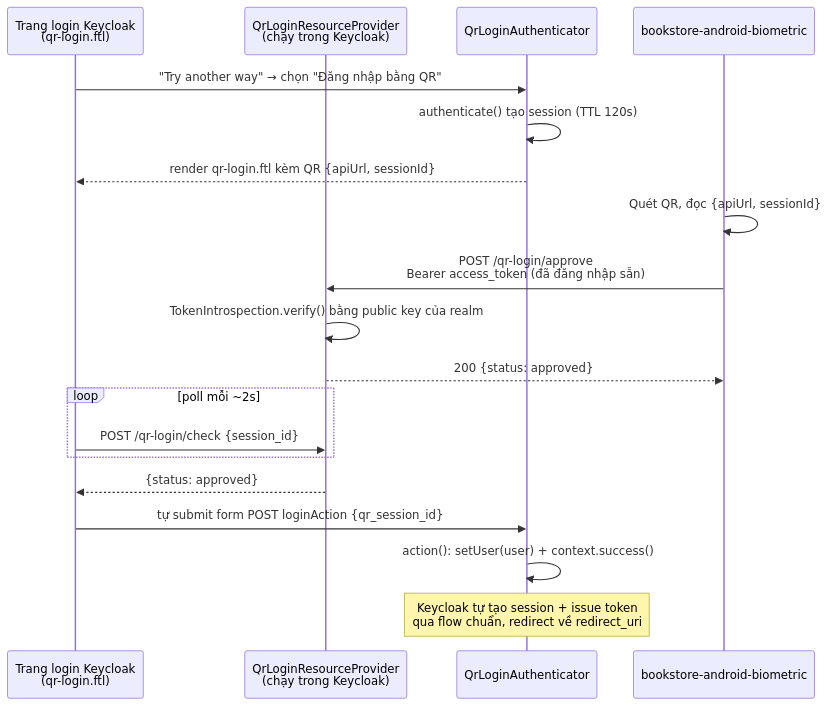
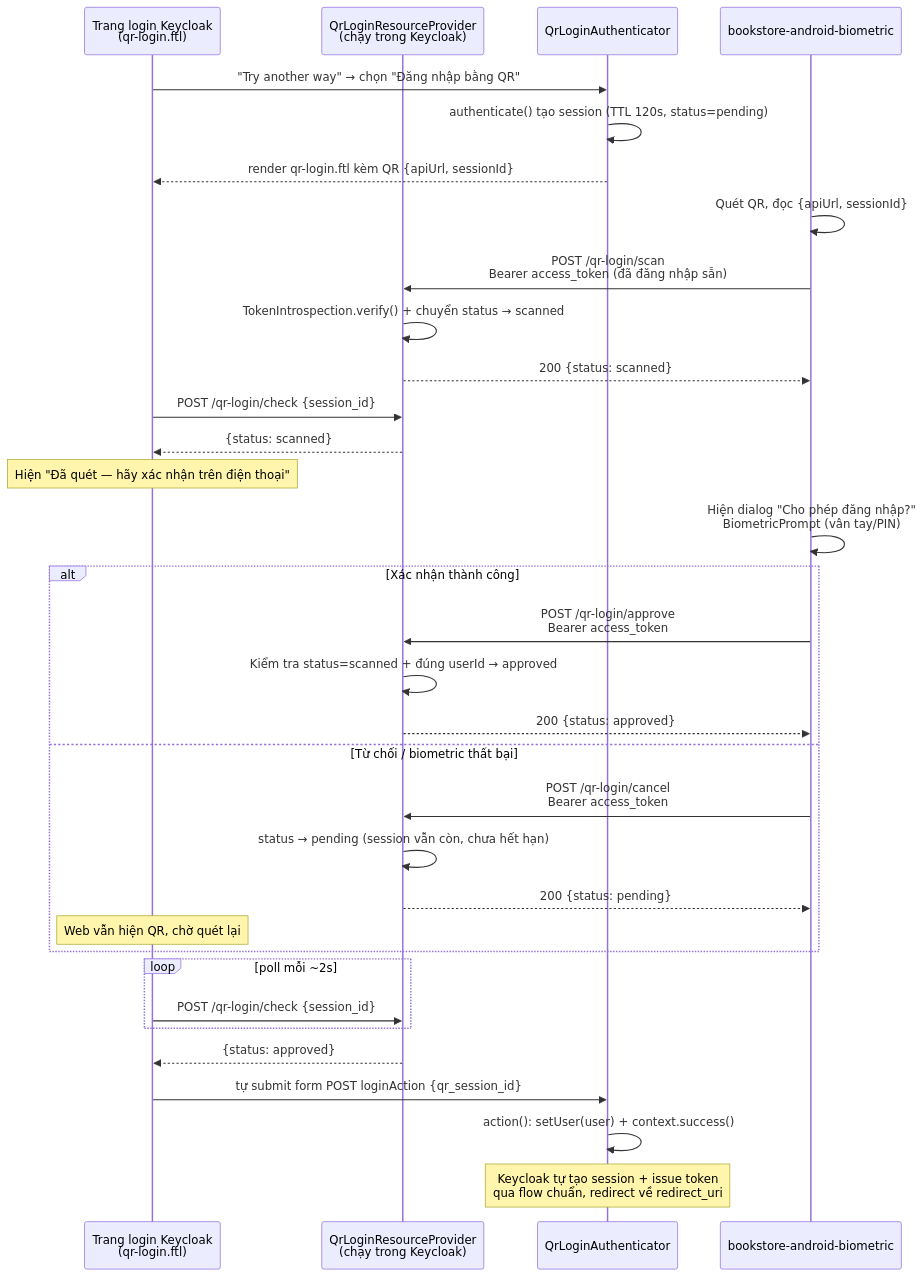
The third of 4 diagrams in QR_LOGIN_HIEN_THUC.md (Yamakunda/keycloak-demo), drawn with Mermaid before and after one commit. The commit also changed other lines of this file and 21 other files, not shown here.

````diff
--- a/QR_LOGIN_HIEN_THUC.md
+++ b/QR_LOGIN_HIEN_THUC.md
@@ -421,24 +411,41 @@
 ```mermaid
 sequenceDiagram
     participant Browser as Trang login Keycloak<br/>(qr-login.ftl)
     participant SPI as QrLoginResourceProvider<br/>(chạy trong Keycloak)
     participant Auth as QrLoginAuthenticator
     participant App as bookstore-android-biometric
 
     Browser->>Auth: "Try another way" → chọn "Đăng nhập bằng QR"
-    Auth->>Auth: authenticate() tạo session (TTL 120s)
+    Auth->>Auth: authenticate() tạo session (TTL 120s, status=pending)
     Auth-->>Browser: render qr-login.ftl kèm QR {apiUrl, sessionId}
 
     App->>App: Quét QR, đọc {apiUrl, sessionId}
-    App->>SPI: POST /qr-login/approve<br/>Bearer access_token (đã đăng nhập sẵn)
-    SPI->>SPI: TokenIntrospection.verify() bằng public key của realm
-    SPI-->>App: 200 {status: approved}
+    App->>SPI: POST /qr-login/scan<br/>Bearer access_token (đã đăng nhập sẵn)
+    SPI->>SPI: TokenIntrospection.verify() + chuyển status → scanned
+    SPI-->>App: 200 {status: scanned}
+
+    Browser->>SPI: POST /qr-login/check {session_id}
+    SPI-->>Browser: {status: scanned}
+    Note over Browser: Hiện "Đã quét — hãy xác nhận trên điện thoại"
+
+    App->>App: Hiện dialog "Cho phép đăng nhập?"<br/>BiometricPrompt (vân tay/PIN)
+
+    alt Xác nhận thành công
+        App->>SPI: POST /qr-login/approve<br/>Bearer access_token
+        SPI->>SPI: Kiểm tra status=scanned + đúng userId → approved
+        SPI-->>App: 200 {status: approved}
+    else Từ chối / biometric thất bại
+        App->>SPI: POST /qr-login/cancel<br/>Bearer access_token
+        SPI->>SPI: status → pending (session vẫn còn, chưa hết hạn)
+        SPI-->>App: 200 {status: pending}
+        Note over Browser: Web vẫn hiện QR, chờ quét lại
+    end
 
     loop poll mỗi ~2s
         Browser->>SPI: POST /qr-login/check {session_id}
     end
     SPI-->>Browser: {status: approved}
     Browser->>Auth: tự submit form POST loginAction {qr_session_id}
     Auth->>Auth: action(): setUser(user) + context.success()
     Note over Auth: Keycloak tự tạo session + issue token<br/>qua flow chuẩn, redirect về redirect_uri
 ```
````
